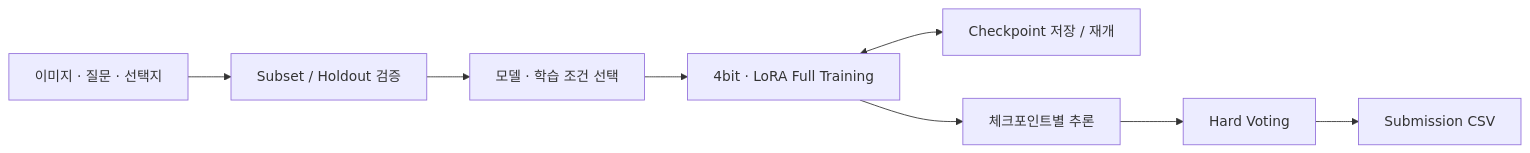
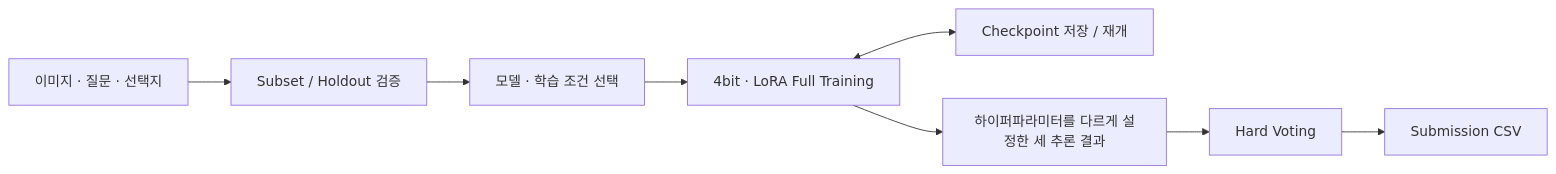
One commit to yl65698/SSAFY-AI-Challenge-VQA changed the diagram in README.md. Above: the diagram before and after it, drawn with Mermaid. The commit also changed other lines of this file and 2 other files, not shown here.

````diff
--- a/README.md
+++ b/README.md
@@ -44,10 +44,10 @@
 ```mermaid
 flowchart LR
     D[이미지 · 질문 · 선택지] --> V[Subset / Holdout 검증]
     V --> M[모델 · 학습 조건 선택]
     M --> T[4bit · LoRA Full Training]
     T <--> C[Checkpoint 저장 / 재개]
-    T --> I[체크포인트별 추론]
+    T --> I[하이퍼파라미터를 다르게 설정한 세 추론 결과]
     I --> E[Hard Voting]
     E --> S[Submission CSV]
 ```
````
